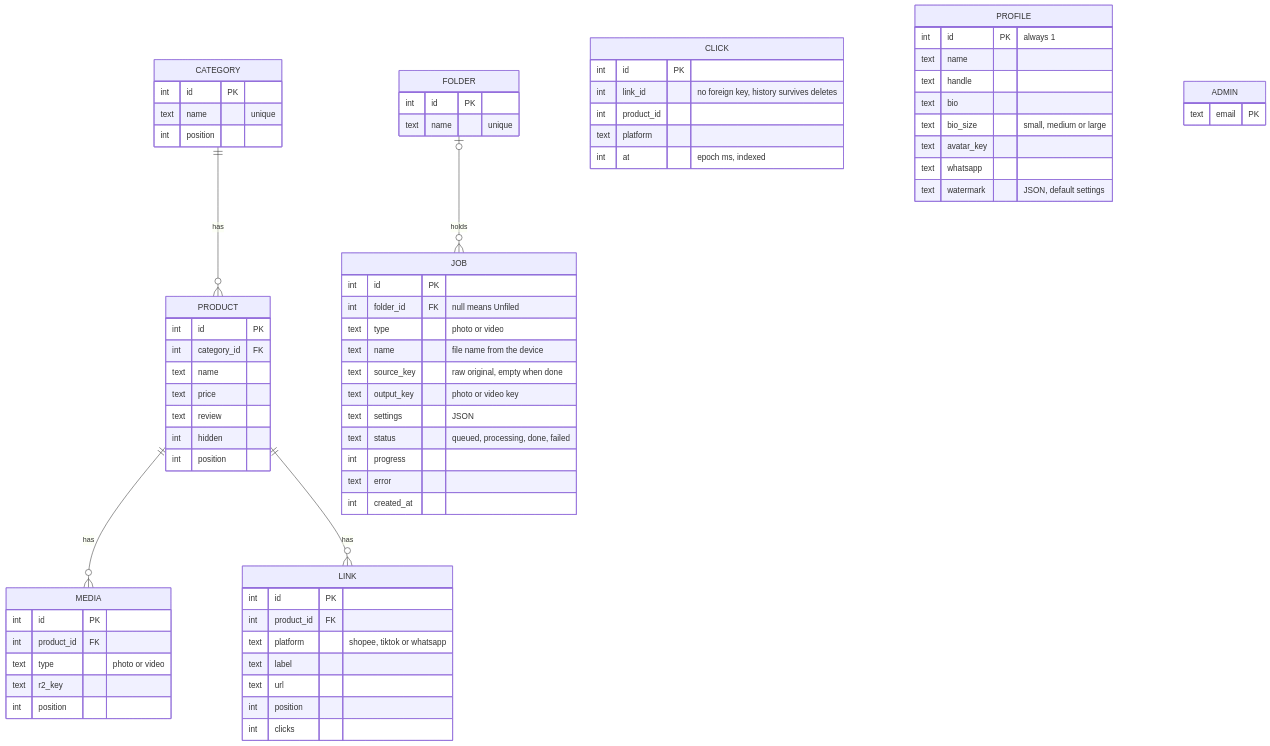
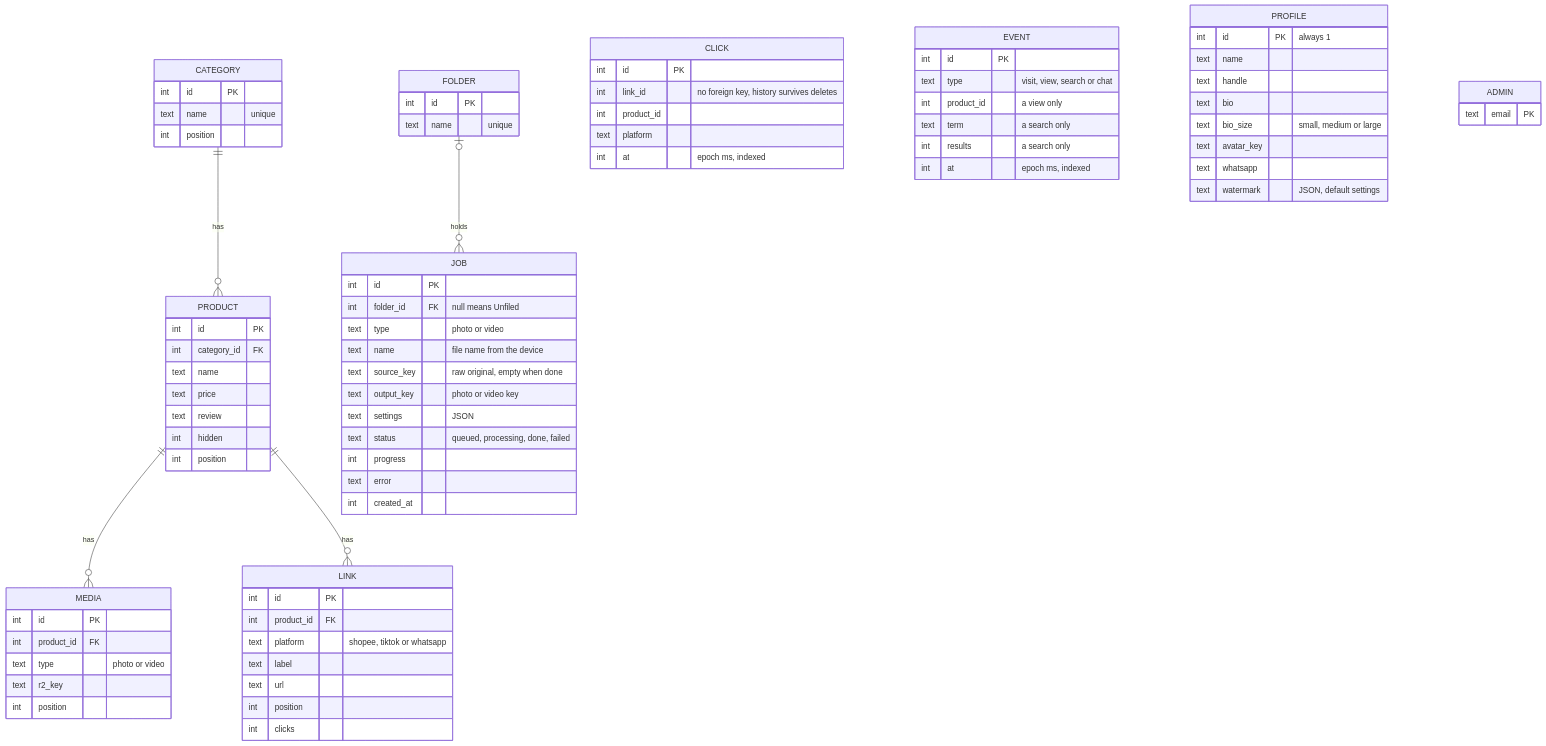
The third of 4 diagrams in docs/PRD.md (amirulhakiim/pqacam), drawn with Mermaid before and after one commit. The commit also changed other lines of this file and 1 other file, not shown here.

Commit message:
docs: document analytics dashboard, tracking and WhatsApp button

````diff
--- a/docs/PRD.md
+++ b/docs/PRD.md
@@ -165,74 +166,82 @@
 ```mermaid
 erDiagram
     CATEGORY ||--o{ PRODUCT : has
     PRODUCT ||--o{ MEDIA : has
     PRODUCT ||--o{ LINK : has
     FOLDER |o--o{ JOB : holds
     CLICK {
         int id PK
         int link_id "no foreign key, history survives deletes"
         int product_id
         text platform
+        int at "epoch ms, indexed"
+    }
+    EVENT {
+        int id PK
+        text type "visit, view, search or chat"
+        int product_id "a view only"
+        text term "a search only"
+        int results "a search only"
         int at "epoch ms, indexed"
     }
     FOLDER {
         int id PK
         text name "unique"
     }
     JOB {
         int id PK
         int folder_id FK "null means Unfiled"
         text type "photo or video"
         text name "file name from the device"
         text source_key "raw original, empty when done"
         text output_key "photo or video key"
         text settings "JSON"
         text status "queued, processing, done, failed"
         int progress
         text error
         int created_at
     }
     PROFILE {
         int id PK "always 1"
         text name
         text handle
         text bio
         text bio_size "small, medium or large"
         text avatar_key
         text whatsapp
         text watermark "JSON, default settings"
     }
     CATEGORY {
         int id PK
         text name "unique"
         int position
     }
     PRODUCT {
         int id PK
         int category_id FK
         text name
         text price
         text review
         int hidden
         int position
     }
     LINK {
         int id PK
         int product_id FK
         text platform "shopee, tiktok or whatsapp"
         text label
         text url
         int position
         int clicks
     }
     MEDIA {
         int id PK
         int product_id FK
         text type "photo or video"
         text r2_key
         int position
     }
     ADMIN {
         text email PK
     }
 ```
````
